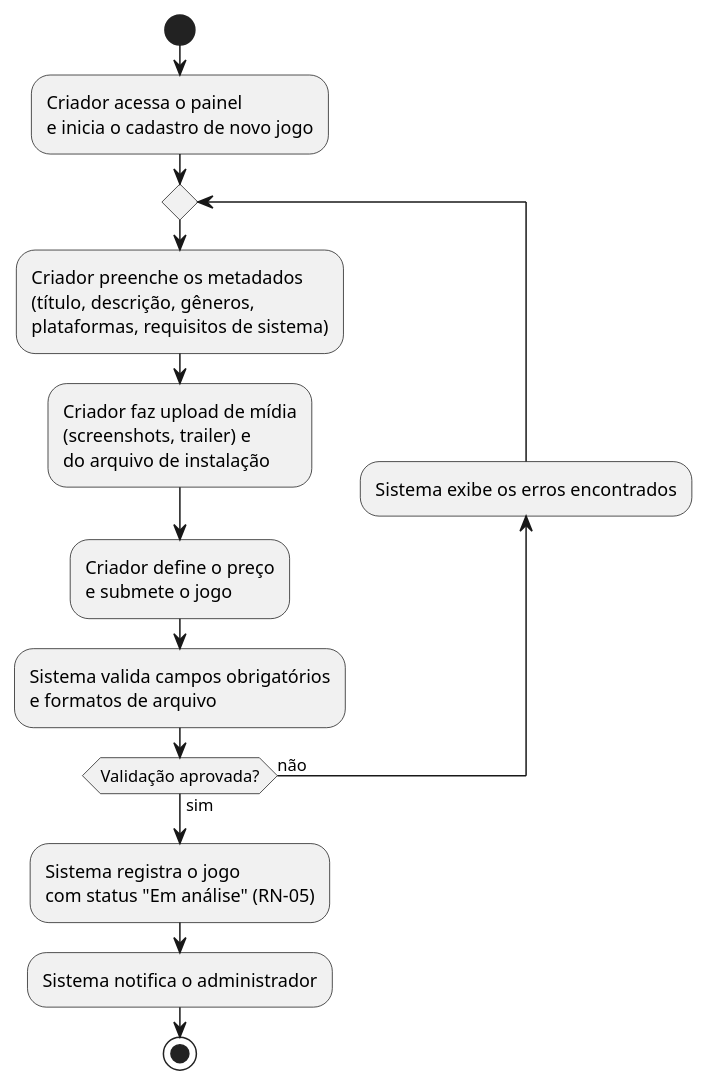
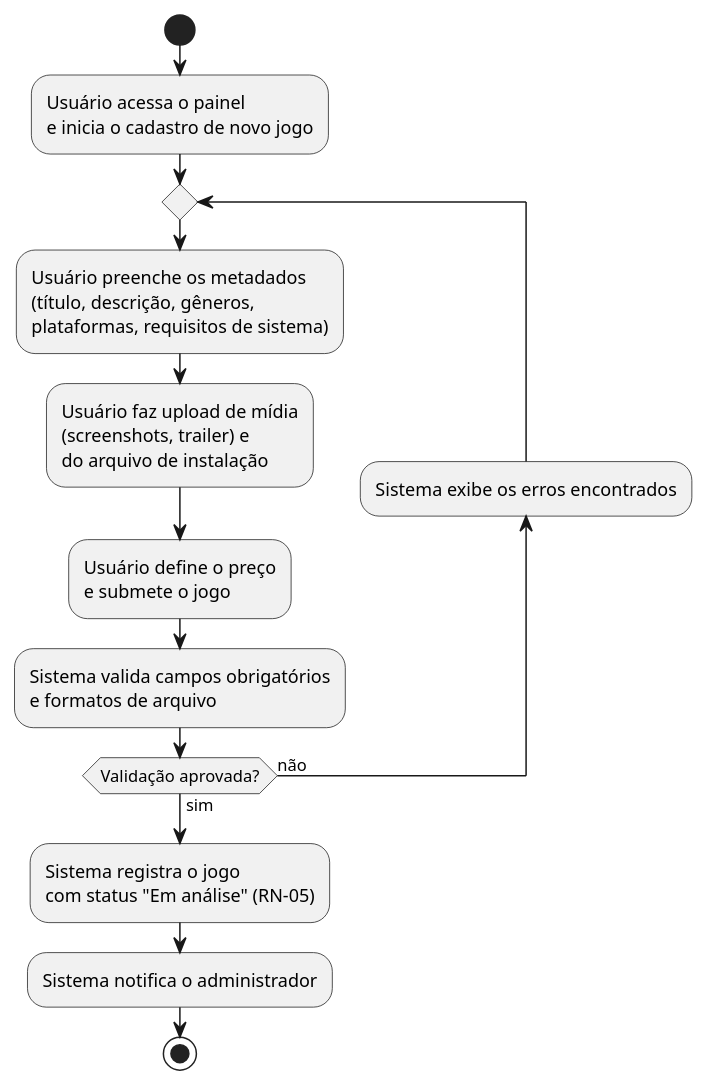
The sixth of 14 diagrams in projeto-vapor.adoc (osantana/a3-ms), drawn with PlantUML before and after one commit. The commit also changed other lines of this file and 33 other files, not shown here.

```diff
--- a/projeto-vapor.adoc
+++ b/projeto-vapor.adoc
@@ -585,17 +565,17 @@
 [plantuml, pdfwidth=60%]
 ----
 @startuml
 start
-:Criador acessa o painel\ne inicia o cadastro de novo jogo;
+:Usuário acessa o painel\ne inicia o cadastro de novo jogo;
 repeat
-  :Criador preenche os metadados\n(título, descrição, gêneros,\nplataformas, requisitos de sistema);
-  :Criador faz upload de mídia\n(screenshots, trailer) e\ndo arquivo de instalação;
-  :Criador define o preço\ne submete o jogo;
+  :Usuário preenche os metadados\n(título, descrição, gêneros,\nplataformas, requisitos de sistema);
+  :Usuário faz upload de mídia\n(screenshots, trailer) e\ndo arquivo de instalação;
+  :Usuário define o preço\ne submete o jogo;
   :Sistema valida campos obrigatórios\ne formatos de arquivo;
   backward :Sistema exibe os erros encontrados;
 repeat while (Validação aprovada?) is (não) not (sim)
 :Sistema registra o jogo\ncom status "Em análise" (RN-05);
 :Sistema notifica o administrador;
 stop
 @enduml
 ----
```
